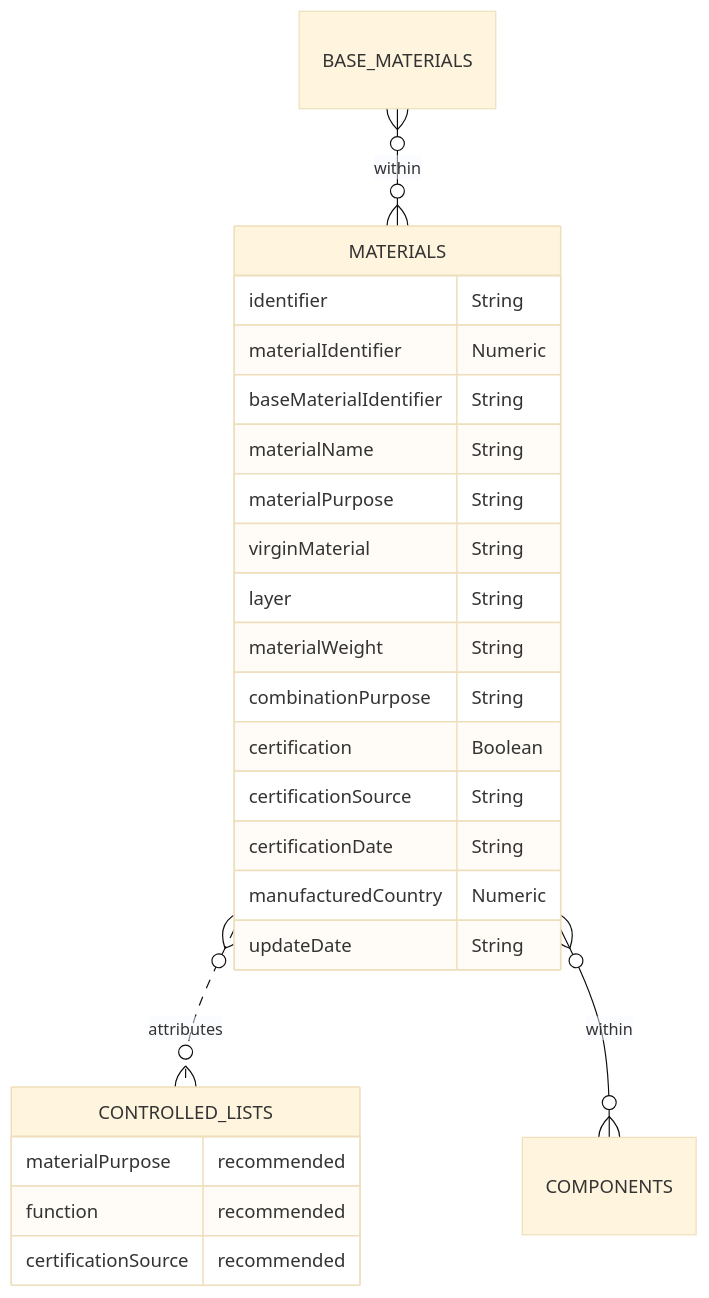
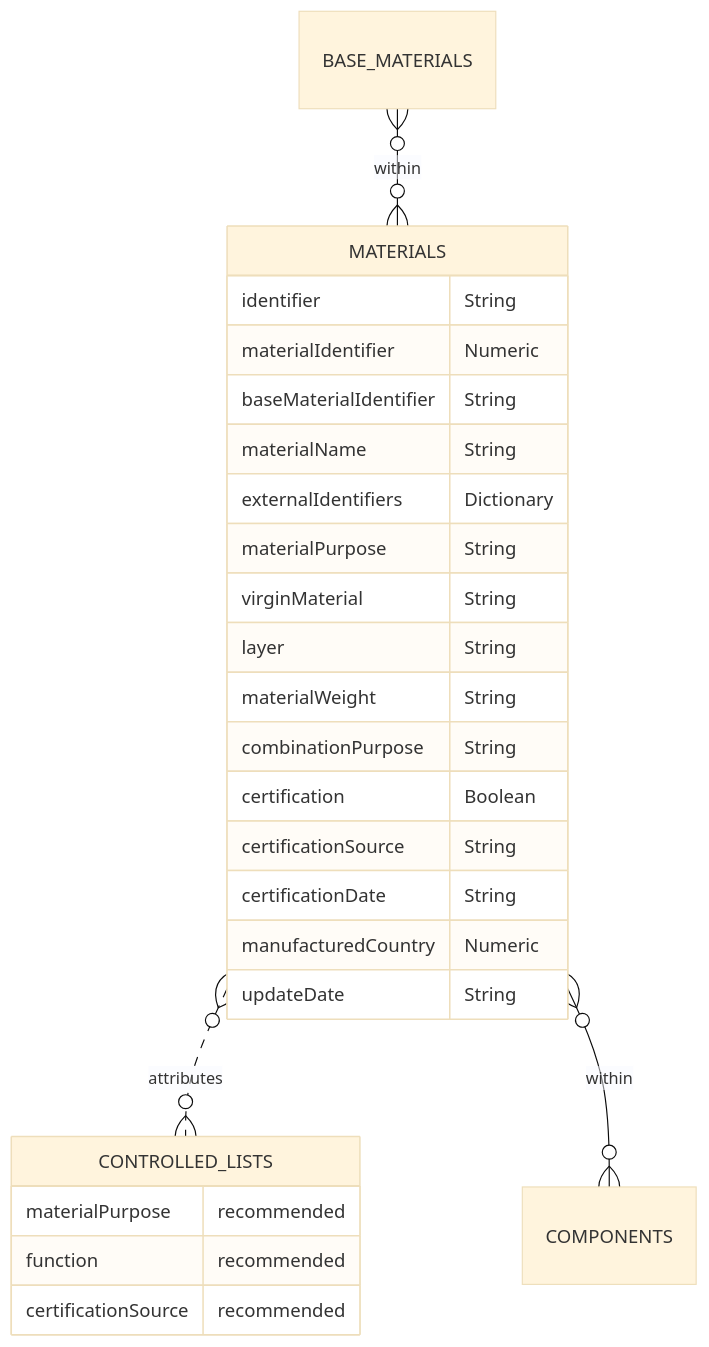
Before and after one commit to OpenDataManchester/Open3P: the diagram in docs/3_Data_Specification/3_2_Materials.md, drawn with Mermaid (base theme). The commit also changed other lines of this file and 7 other files, not shown here.

````diff
--- a/docs/3_Data_Specification/3_2_Materials.md
+++ b/docs/3_Data_Specification/3_2_Materials.md
@@ -30,27 +31,28 @@
 ``` mermaid
 erDiagram
 BASE_MATERIALS }o--o{ MATERIALS : within
   MATERIALS {
     identifier String
     materialIdentifier Numeric
     baseMaterialIdentifier String
     materialName String
+    externalIdentifiers Dictionary
     materialPurpose String
     virginMaterial String
     layer String
     materialWeight String
     combinationPurpose String
     certification Boolean
     certificationSource String
     certificationDate String
     manufacturedCountry Numeric
     updateDate String
   }
   MATERIALS }o..o{ CONTROLLED_LISTS : attributes
   MATERIALS }o--o{ COMPONENTS : within
         CONTROLLED_LISTS {
     materialPurpose recommended
     function recommended
     certificationSource recommended
     }
 ```
````
